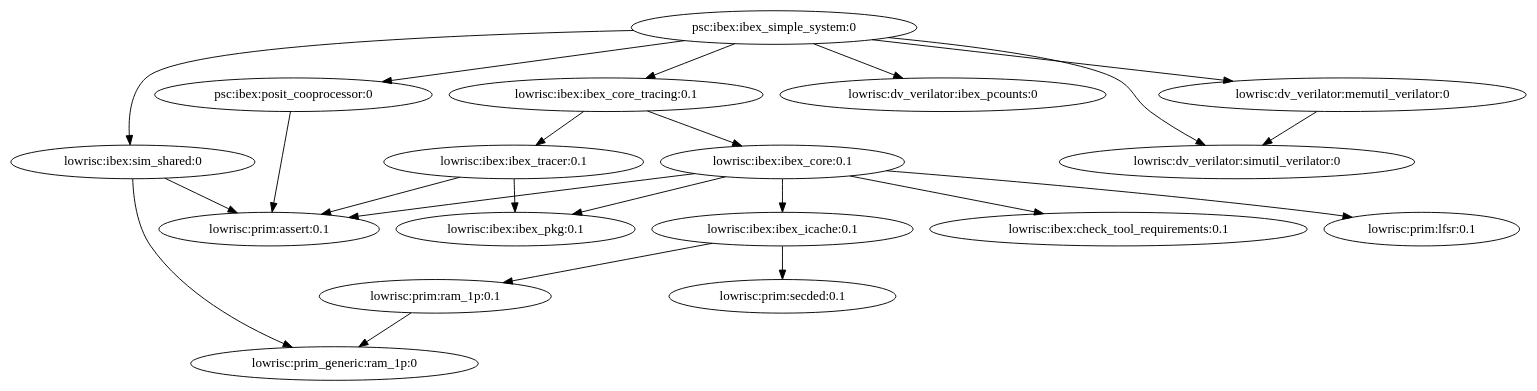
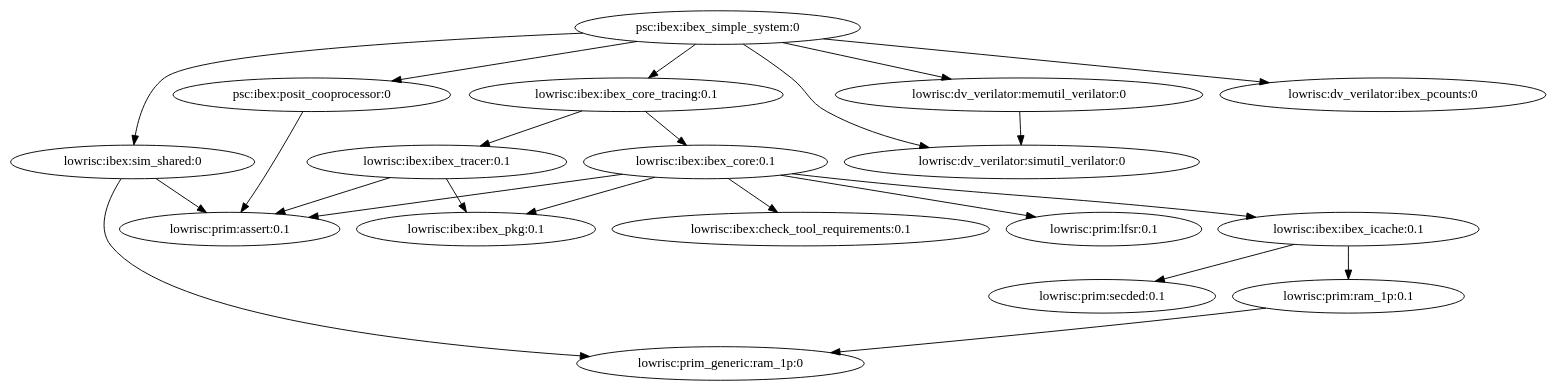
Before and after one commit to jaimedelreyg/pmpu: the diagram in ibex/build/psc_ibex_ibex_simple_system_0/sim-verilator/psc_ibex_ibex_simple_system_0.deps-after-generators.dot, drawn with Graphviz. The commit also changed other lines of this file and 3 other files, not shown here.

```diff
--- a/ibex/build/psc_ibex_ibex_simple_system_0/sim-verilator/psc_ibex_ibex_simple_system_0.deps-after-generators.dot
+++ b/ibex/build/psc_ibex_ibex_simple_system_0/sim-verilator/psc_ibex_ibex_simple_system_0.deps-after-generators.dot
@@ -1,24 +1,24 @@
 digraph dependencies {
 "psc:ibex:ibex_simple_system:0"->"lowrisc:ibex:ibex_core_tracing:0.1"
 "psc:ibex:ibex_simple_system:0"->"psc:ibex:posit_cooprocessor:0"
+"psc:ibex:ibex_simple_system:0"->"lowrisc:dv_verilator:simutil_verilator:0"
 "psc:ibex:ibex_simple_system:0"->"lowrisc:dv_verilator:ibex_pcounts:0"
 "psc:ibex:ibex_simple_system:0"->"lowrisc:ibex:sim_shared:0"
-"psc:ibex:ibex_simple_system:0"->"lowrisc:dv_verilator:simutil_verilator:0"
 "psc:ibex:ibex_simple_system:0"->"lowrisc:dv_verilator:memutil_verilator:0"
 "lowrisc:dv_verilator:memutil_verilator:0"->"lowrisc:dv_verilator:simutil_verilator:0"
 "lowrisc:ibex:ibex_core_tracing:0.1"->"lowrisc:ibex:ibex_core:0.1"
 "lowrisc:ibex:ibex_core_tracing:0.1"->"lowrisc:ibex:ibex_tracer:0.1"
+"lowrisc:ibex:ibex_core:0.1"->"lowrisc:ibex:ibex_pkg:0.1"
+"lowrisc:ibex:ibex_core:0.1"->"lowrisc:ibex:check_tool_requirements:0.1"
 "lowrisc:ibex:ibex_core:0.1"->"lowrisc:ibex:ibex_icache:0.1"
-"lowrisc:ibex:ibex_core:0.1"->"lowrisc:ibex:ibex_pkg:0.1"
 "lowrisc:ibex:ibex_core:0.1"->"lowrisc:prim:assert:0.1"
 "lowrisc:ibex:ibex_core:0.1"->"lowrisc:prim:lfsr:0.1"
-"lowrisc:ibex:ibex_core:0.1"->"lowrisc:ibex:check_tool_requirements:0.1"
+"lowrisc:ibex:ibex_icache:0.1"->"lowrisc:prim:secded:0.1"
 "lowrisc:ibex:ibex_icache:0.1"->"lowrisc:prim:ram_1p:0.1"
-"lowrisc:ibex:ibex_icache:0.1"->"lowrisc:prim:secded:0.1"
 "lowrisc:prim:ram_1p:0.1"->"lowrisc:prim_generic:ram_1p:0"
 "lowrisc:ibex:ibex_tracer:0.1"->"lowrisc:ibex:ibex_pkg:0.1"
 "lowrisc:ibex:ibex_tracer:0.1"->"lowrisc:prim:assert:0.1"
+"lowrisc:ibex:sim_shared:0"->"lowrisc:prim_generic:ram_1p:0"
 "lowrisc:ibex:sim_shared:0"->"lowrisc:prim:assert:0.1"
-"lowrisc:ibex:sim_shared:0"->"lowrisc:prim_generic:ram_1p:0"
 "psc:ibex:posit_cooprocessor:0"->"lowrisc:prim:assert:0.1"
 }
```
